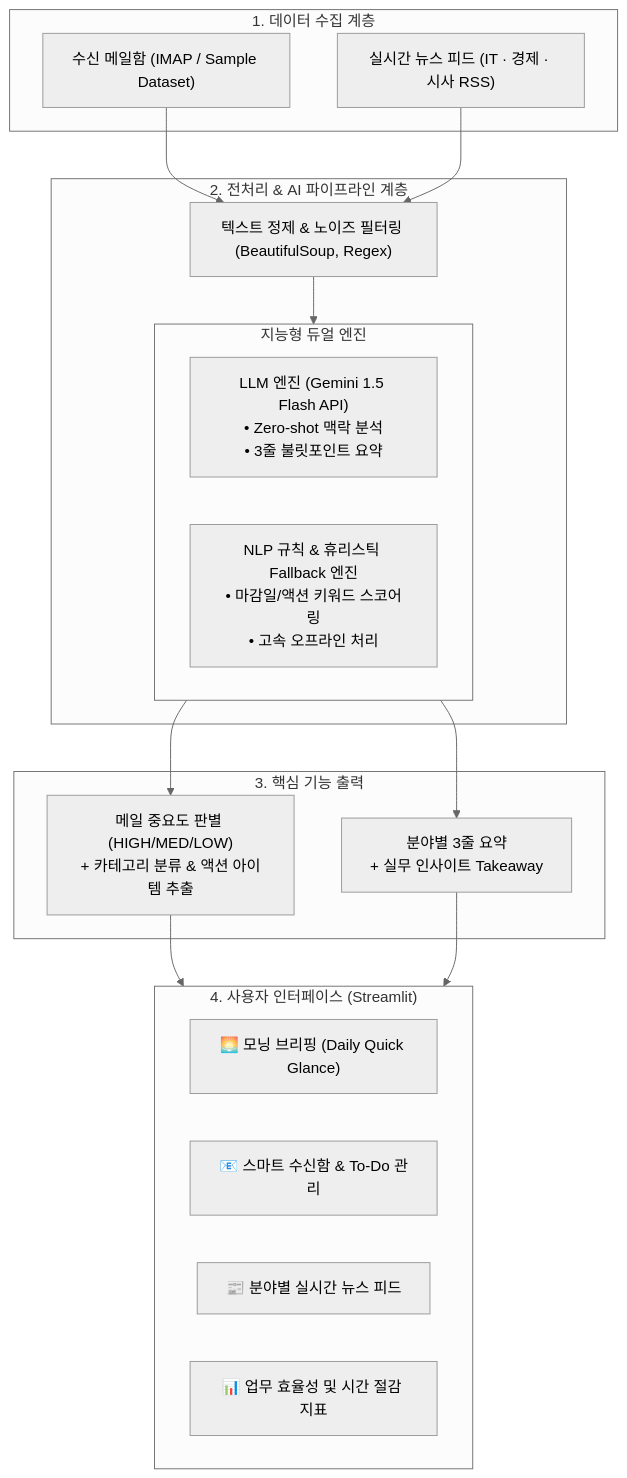
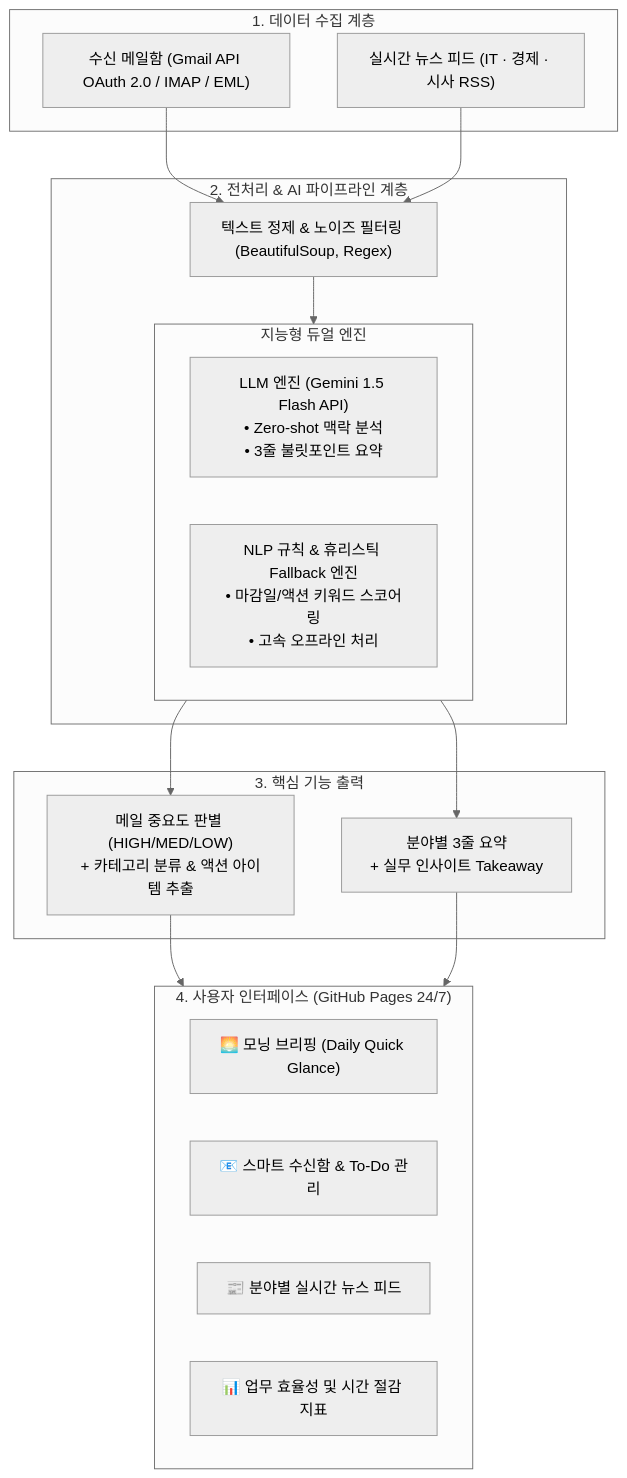
One commit to JeongSeongHun054/Mail_Classification_Project changed the diagram in PORTFOLIO.md. Above: the diagram before and after it, drawn with Mermaid (neutral theme). The commit also changed 5 other files, not shown here.

Commit message:
feat: Add Google Gmail OAuth 2.0 integration & live custom mail importer

````diff
--- a/PORTFOLIO.md
+++ b/PORTFOLIO.md
@@ -34,37 +34,37 @@
 ```mermaid
 flowchart TD
     subgraph Data_Sources ["1. 데이터 수집 계층"]
-        M1["수신 메일함 (IMAP / Sample Dataset)"]
+        M1["수신 메일함 (Gmail API OAuth 2.0 / IMAP / EML)"]
         N1["실시간 뉴스 피드 (IT · 경제 · 시사 RSS)"]
     end
 
     subgraph Processing_Layer ["2. 전처리 & AI 파이프라인 계층"]
         P1["텍스트 정제 & 노이즈 필터링 (BeautifulSoup, Regex)"]
         
         subgraph Dual_AI_Engine ["지능형 듀얼 엔진"]
             LLM["LLM 엔진 (Gemini 1.5 Flash API)<br/>• Zero-shot 맥락 분석<br/>• 3줄 불릿포인트 요약"]
             NLP["NLP 규칙 & 휴리스틱 Fallback 엔진<br/>• 마감일/액션 키워드 스코어링<br/>• 고속 오프라인 처리"]
         end
         
         P1 --> Dual_AI_Engine
     end
 
     subgraph Core_Outputs ["3. 핵심 기능 출력"]
         O1["메일 중요도 판별 (HIGH/MED/LOW)<br/>+ 카테고리 분류 & 액션 아이템 추출"]
         O2["분야별 3줄 요약<br/>+ 실무 인사이트 Takeaway"]
     end
 
-    subgraph Service_UI ["4. 사용자 인터페이스 (Streamlit)"]
+    subgraph Service_UI ["4. 사용자 인터페이스 (GitHub Pages 24/7)"]
         UI1["🌅 모닝 브리핑 (Daily Quick Glance)"]
         UI2["📧 스마트 수신함 & To-Do 관리"]
         UI3["📰 분야별 실시간 뉴스 피드"]
         UI4["📊 업무 효율성 및 시간 절감 지표"]
     end
 
     M1 --> P1
     N1 --> P1
     Dual_AI_Engine --> O1
     Dual_AI_Engine --> O2
     O1 --> Service_UI
     O2 --> Service_UI
 ```
````
